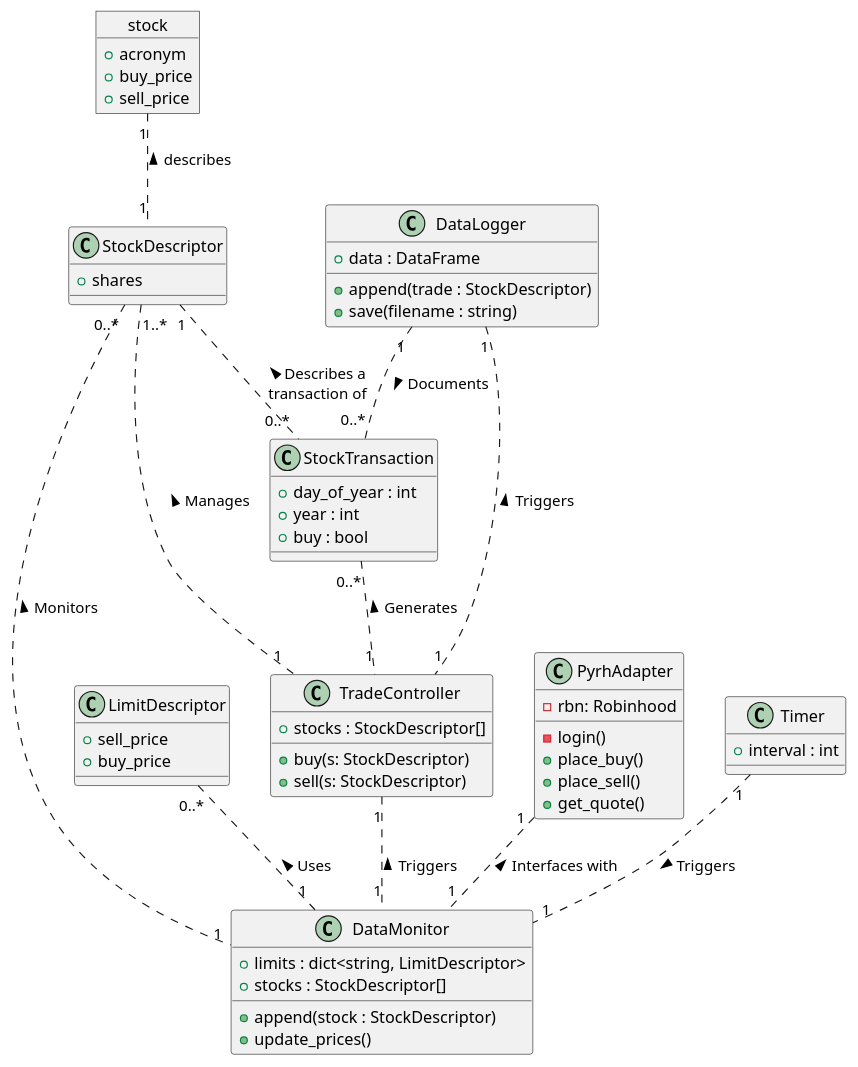
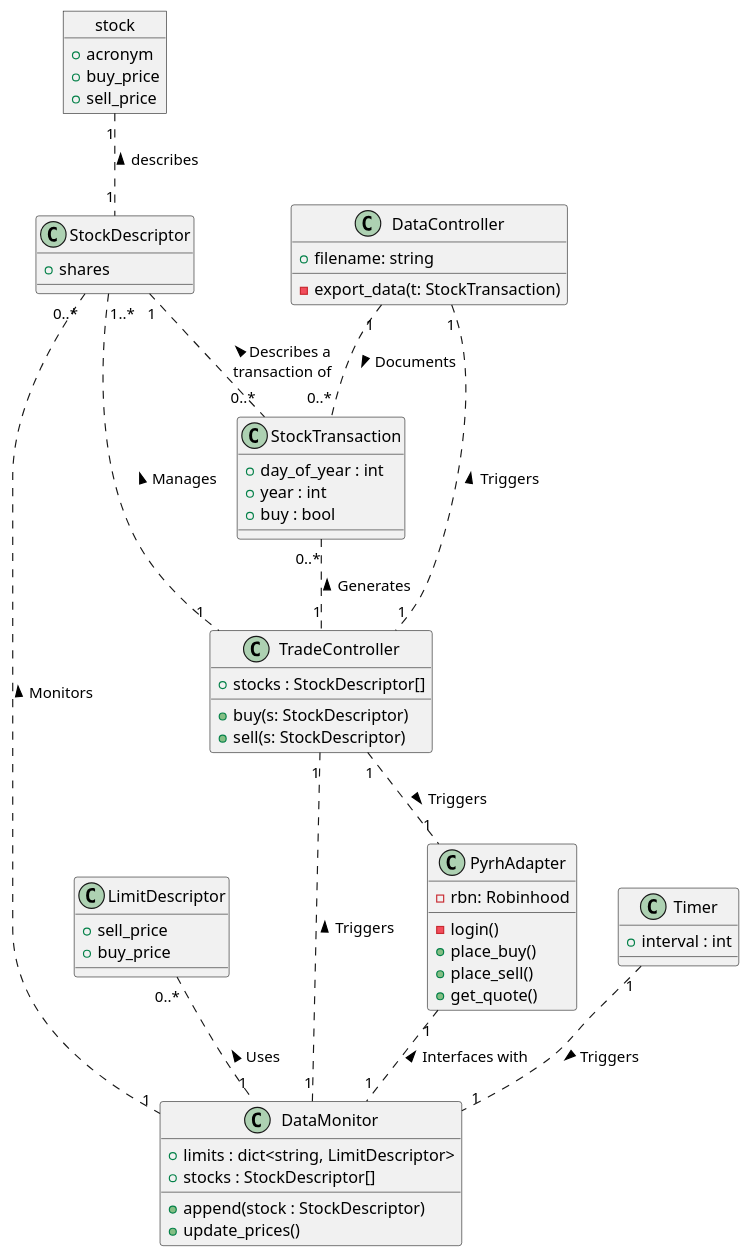
One commit to aaron-jencks/alpaca_stock_tradebot changed the diagram in architecture.puml. Above: the diagram before and after it, drawn with PlantUML. The commit also changed 4 other files, not shown here.

```diff
--- a/architecture.puml
+++ b/architecture.puml
@@ -1,73 +1,74 @@
 @startuml "Domain Model Diagram"
 
 object stock {
     + acronym
     + buy_price
     + sell_price
 }
 
 class StockDescriptor {
     + shares
 }
 
 class LimitDescriptor {
     + sell_price
     + buy_price
 }
 
 stock "1" .. "1" StockDescriptor : < describes
 
 class TradeController {
     + stocks : StockDescriptor[]
     + buy(s: StockDescriptor)
     + sell(s: StockDescriptor)
 }
 
 StockDescriptor "1..*" .. "1" TradeController : < Manages
 
 class PyrhAdapter {
     - rbn: Robinhood
     - login()
     + place_buy()
     + place_sell()
     + get_quote()
 }
 
+TradeController "1" .. "1" PyrhAdapter : > Triggers
+
 class DataMonitor {
     + limits : dict<string, LimitDescriptor>
     + stocks : StockDescriptor[]
     + append(stock : StockDescriptor)
     + update_prices()
 }
 
 TradeController "1" .. "1" DataMonitor : < Triggers
 StockDescriptor "0..*" .. "1" DataMonitor : < Monitors
 LimitDescriptor "0..*" .. "1" DataMonitor : < Uses
 PyrhAdapter "1" .. "1" DataMonitor : < Interfaces with
 
 class Timer {
     + interval : int
 }
 
 Timer "1" .. "1" DataMonitor : > Triggers
 
 class StockTransaction {
     + day_of_year : int
     + year : int
     + buy : bool
 }
 
 StockDescriptor "1" .. "0..*" StockTransaction : < Describes a\ntransaction of
 
 StockTransaction "0..*" .. "1" TradeController : < Generates
 
-class DataLogger {
-    + data : DataFrame
-    + append(trade : StockDescriptor)
-    + save(filename : string)
+class DataController {
+    + filename: string
+    - export_data(t: StockTransaction)
 }
 
-DataLogger "1" .. "1" TradeController : < Triggers
-DataLogger "1" .. "0..*" StockTransaction : > Documents
+DataController "1" .. "1" TradeController : < Triggers
+DataController "1" .. "0..*" StockTransaction : > Documents
 
 @enduml
```
